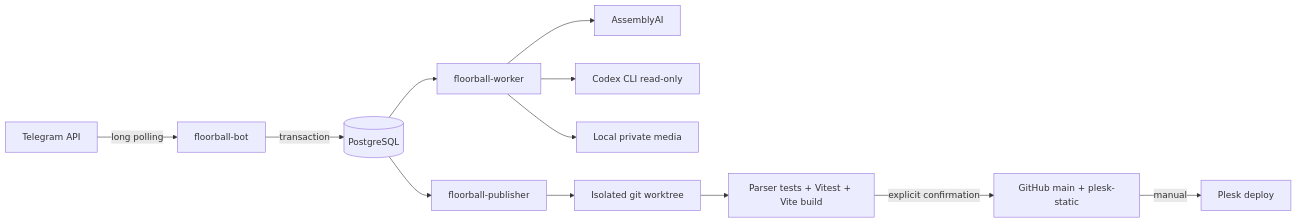
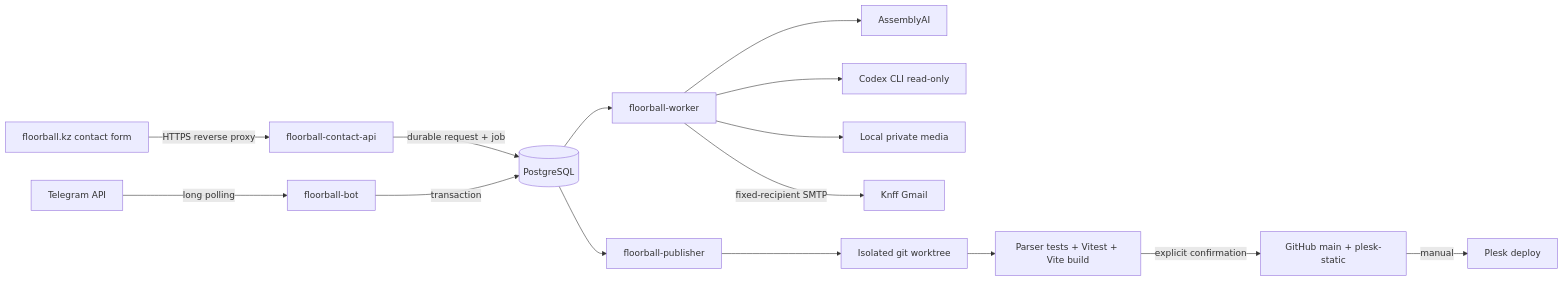
One commit to mrMoses2000/floorball-content-bot changed the diagram in docs/ARCHITECTURE.md. Above: the diagram before and after it, drawn with Mermaid. The commit also changed other lines of this file and 16 other files, not shown here.

Commit message:
feat: add durable contact request delivery

````diff
--- a/docs/ARCHITECTURE.md
+++ b/docs/ARCHITECTURE.md
@@ -11,14 +13,17 @@
 ```mermaid
 flowchart LR
   TG[Telegram API] -->|long polling| BOT[floorball-bot]
+  SITE[floorball.kz contact form] -->|HTTPS reverse proxy| CONTACT[floorball-contact-api]
+  CONTACT -->|durable request + job| PG
   BOT -->|transaction| PG[(PostgreSQL)]
   PG --> WORKER[floorball-worker]
   WORKER --> AAI[AssemblyAI]
   WORKER --> CODEX[Codex CLI read-only]
   WORKER --> MEDIA[Local private media]
+  WORKER -->|fixed-recipient SMTP| MAIL[Knff Gmail]
   PG --> PUB[floorball-publisher]
   PUB --> WT[Isolated git worktree]
   WT --> TESTS[Parser tests + Vitest + Vite build]
   TESTS -->|explicit confirmation| GH[GitHub main + plesk-static]
   GH -->|manual| PLESK[Plesk deploy]
 ```
````
